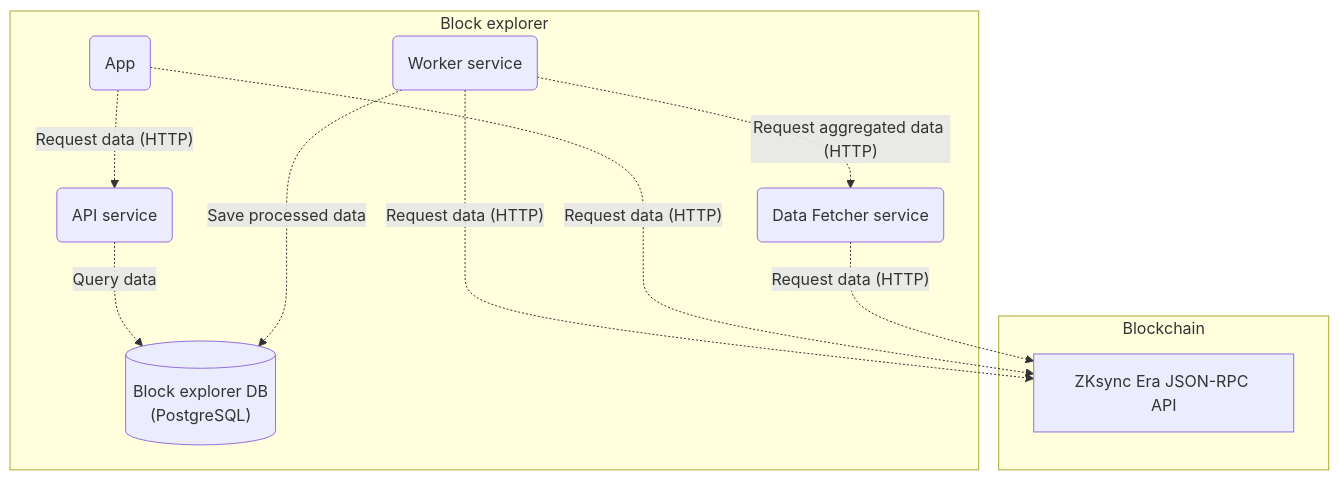
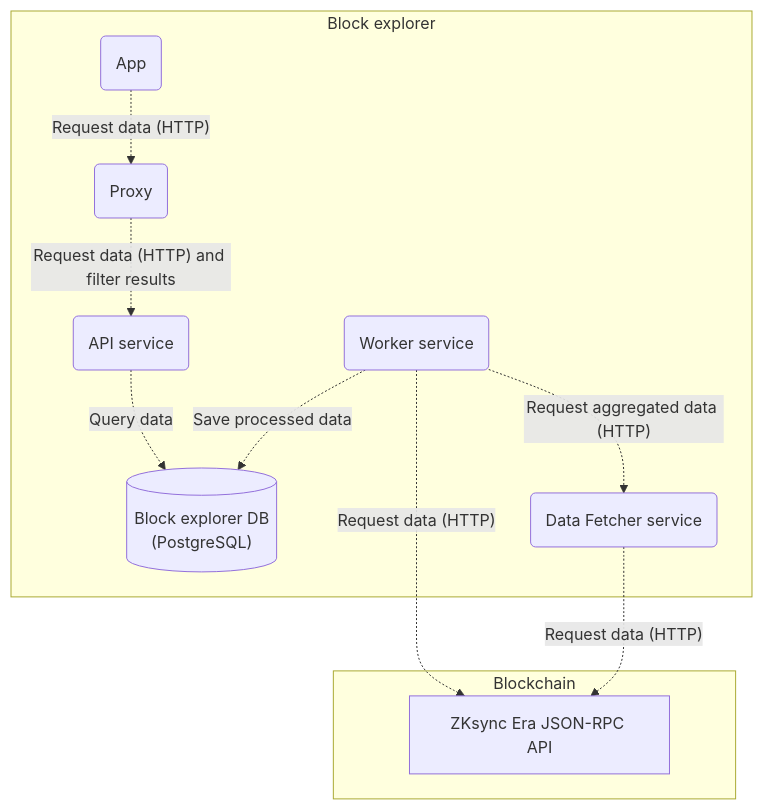
Before and after one commit to matter-labs/block-explorer: the diagram in README.md, drawn with Mermaid.

Commit message:
chore: readme chart
Added proxy into main README.md diagram.

````diff
--- a/README.md
+++ b/README.md
@@ -15,24 +15,25 @@
 ```mermaid
 flowchart
   subgraph blockchain[Blockchain]
     Blockchain[ZKsync Era JSON-RPC API]
   end
 
   subgraph explorer[Block explorer]
     Database[("Block explorer DB<br/>(PostgreSQL)")]
     Worker(Worker service)
     Data-Fetcher(Data Fetcher service)
     API(API service)
     App(App)
+    Proxy(Proxy)
     
     Worker-."Request aggregated data (HTTP)".->Data-Fetcher
     Data-Fetcher-."Request data (HTTP)".->Blockchain
     Worker-.Save processed data.->Database
 
+    App-."Request data (HTTP)".->Proxy
+    Proxy-."Request data (HTTP) and filter results".->API
     API-.Query data.->Database
-    App-."Request data (HTTP)".->API
-    App-."Request data (HTTP)".->Blockchain
   end
 
   Worker-."Request data (HTTP)".->Blockchain
 ```
````
